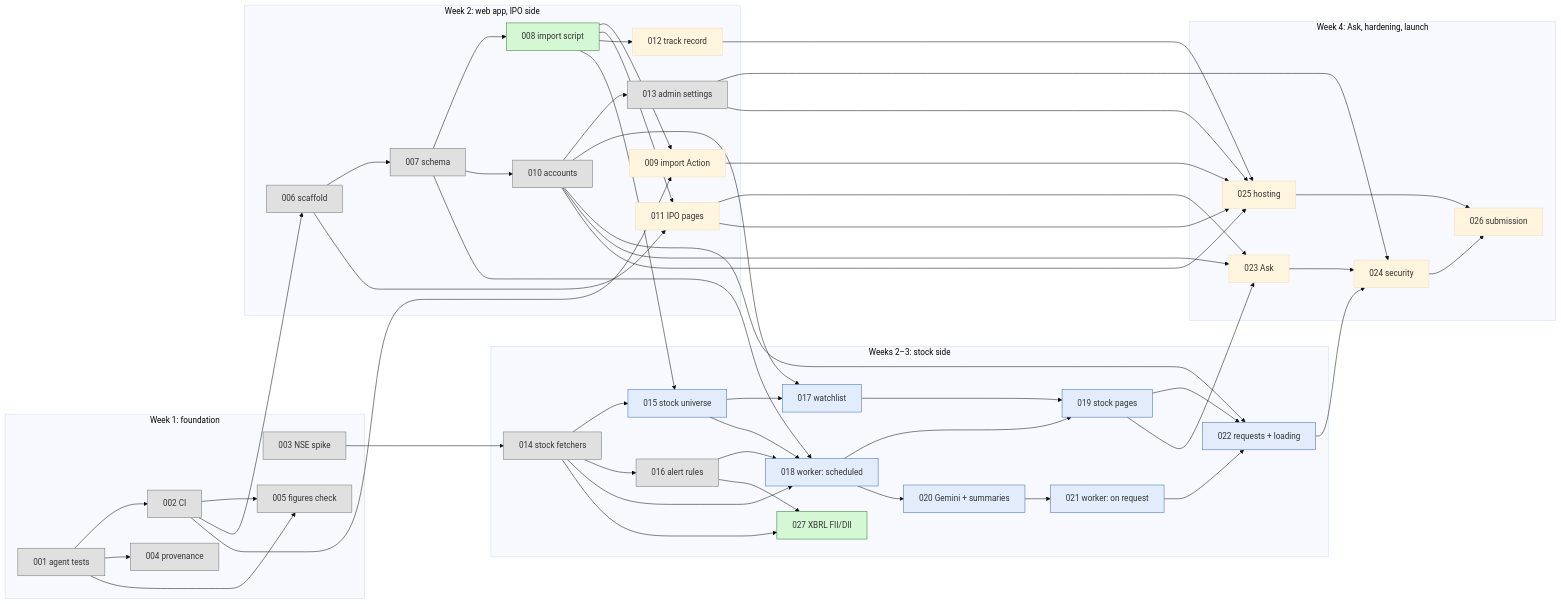
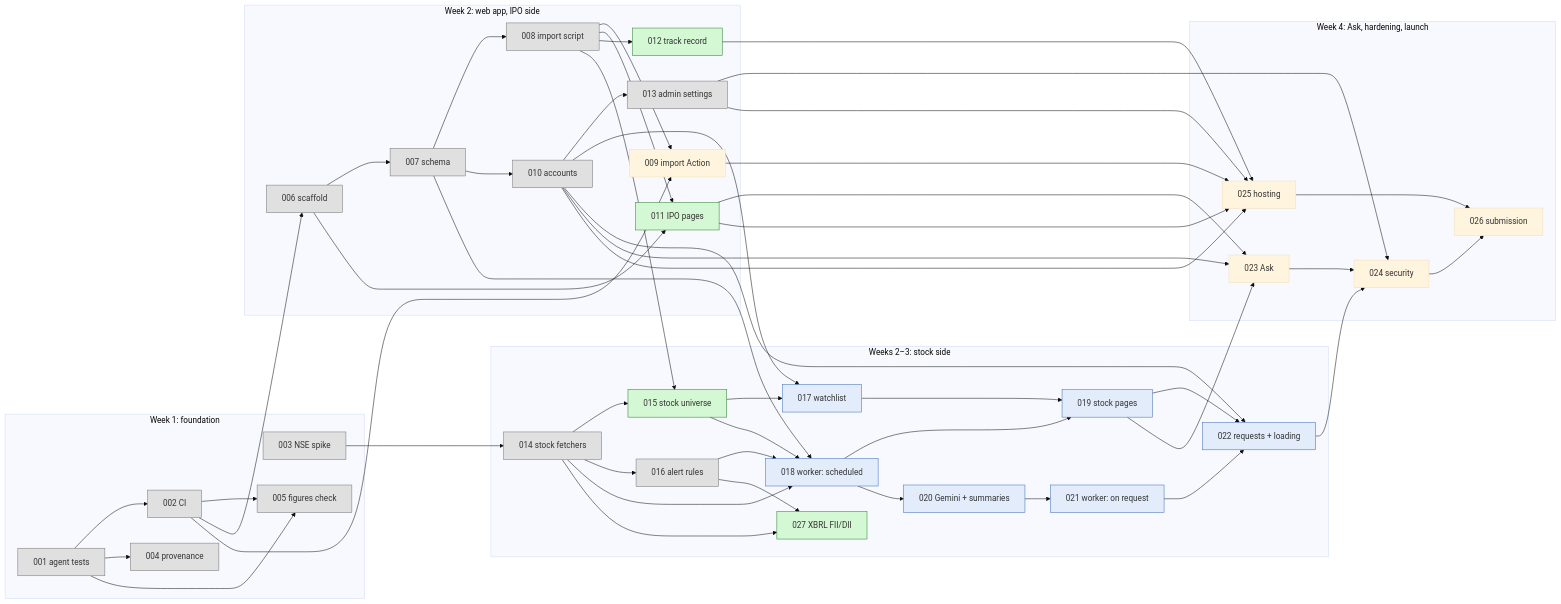
Before and after one commit to badjatya/IPO: the diagram in docs/tasks/ROADMAP.md, drawn with Mermaid (base theme). The commit also changed other lines of this file and 1 other file, not shown here.

First line of the commit message:
Roadmap: 008 done, 011/012/015 Ready; notes for 009 and 015; journal entry for 008

````diff
--- a/docs/tasks/ROADMAP.md
+++ b/docs/tasks/ROADMAP.md
@@ -84,63 +84,63 @@
 ```mermaid
 flowchart LR
     classDef ready fill:#d4f7d4,stroke:#2e7d32
     classDef m2 fill:#e3ecfb,stroke:#3b6db3
     classDef done fill:#e0e0e0,stroke:#757575
 
     subgraph wk1 ["Week 1: foundation"]
         T001[001 agent tests]:::done
         T002[002 CI]:::done
         T003[003 NSE spike]:::done
         T004[004 provenance]:::done
         T005[005 figures check]:::done
     end
     subgraph wk2 ["Week 2: web app, IPO side"]
         T006[006 scaffold]:::done
         T007[007 schema]:::done
-        T008[008 import script]:::ready
+        T008[008 import script]:::done
         T009[009 import Action]
         T010[010 accounts]:::done
-        T011[011 IPO pages]
-        T012[012 track record]
+        T011[011 IPO pages]:::ready
+        T012[012 track record]:::ready
         T013[013 admin settings]:::done
     end
     subgraph stocks ["Weeks 2–3: stock side"]
         T014[014 stock fetchers]:::done
-        T015[015 stock universe]:::m2
+        T015[015 stock universe]:::ready
         T016[016 alert rules]:::done
         T017[017 watchlist]:::m2
         T018[018 worker: scheduled]:::m2
         T019[019 stock pages]:::m2
         T020[020 Gemini + summaries]:::m2
         T021[021 worker: on request]:::m2
         T022[022 requests + loading]:::m2
         T027[027 XBRL FII/DII]:::ready
     end
     subgraph wk4 ["Week 4: Ask, hardening, launch"]
         T023[023 Ask]
         T024[024 security]
         T025[025 hosting]
         T026[026 submission]
     end
 
     T001 --> T002 & T004 & T005
     T002 --> T005 & T006 & T009
     T006 --> T007 & T011
     T007 --> T008 & T010 & T018
     T008 --> T009 & T011 & T012 & T015
     T010 --> T013 & T017 & T022 & T023
     T003 --> T014
     T014 --> T015 & T016 & T018
     T015 --> T017 & T018
     T016 --> T018 & T027
     T014 --> T027
     T017 --> T019
     T018 --> T019 & T020
     T020 --> T021
     T019 --> T022 & T023
     T021 --> T022
     T011 --> T023
     T013 & T022 & T023 --> T024
     T009 & T010 & T011 & T012 & T013 --> T025
     T024 & T025 --> T026
 ```
````
